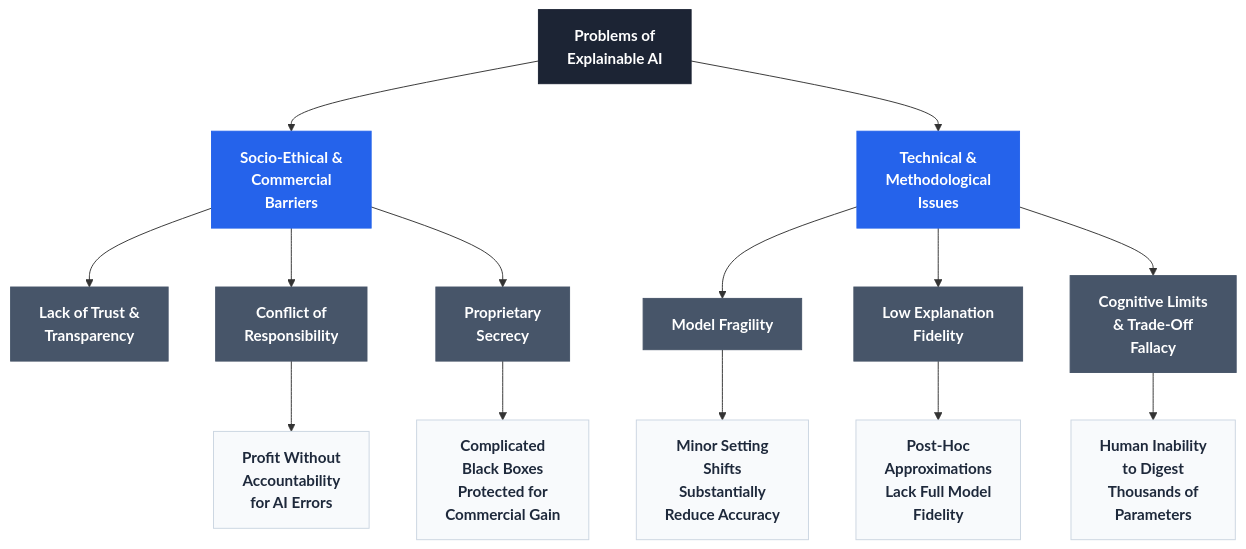
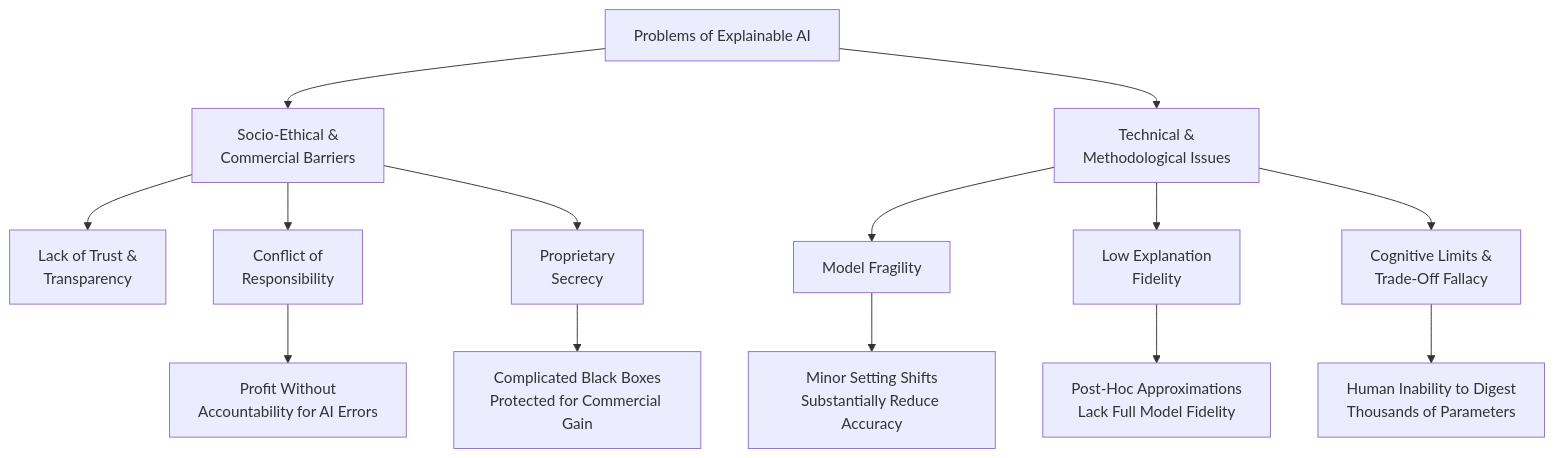
One commit to bruzz-bruzz/A-Review-On-Explainable-AI changed the diagram in Diagrams/Problems of Explainable AI.mmd. Above: the diagram before and after it, drawn with Mermaid. The commit also changed 6 other files, not shown here.

```diff
--- a/Diagrams/Problems of Explainable AI.mmd
+++ b/Diagrams/Problems of Explainable AI.mmd
@@ -1,49 +1,18 @@
 graph TD
-    %% Node Definitions
-    R["Problems of<br/>Explainable AI"]
-    
-    A1["Socio-Ethical &<br/>Commercial<br/>Barriers"]
-    A2["Technical &<br/>Methodological<br/>Issues"]
-    
-    B1["Lack of Trust &<br/>Transparency"]
-    B2["Conflict of<br/>Responsibility"]
-    B3["Proprietary<br/>Secrecy"]
-    B4["Model Fragility"]
-    B5["Low Explanation<br/>Fidelity"]
-    B6["Cognitive Limits<br/>& Trade-Off<br/>Fallacy"]
-    
-    C1["Profit Without<br/>Accountability<br/>for AI Errors"]
-    C2["Complicated<br/>Black Boxes<br/>Protected for<br/>Commercial Gain"]
-    C3["Minor Setting<br/>Shifts<br/>Substantially<br/>Reduce Accuracy"]
-    C4["Post-Hoc<br/>Approximations<br/>Lack Full Model<br/>Fidelity"]
-    C5["Human Inability<br/>to Digest<br/>Thousands of<br/>Parameters"]
+    Root["Problems of Explainable AI"] --> Socio["Socio-Ethical &<br>Commercial Barriers"]
+    Root --> Tech["Technical &<br>Methodological Issues"]
 
-    %% Connections
-    R --> A1
-    R --> A2
-    
-    A1 --> B1
-    A1 --> B2
-    A1 --> B3
-    
-    A2 --> B4
-    A2 --> B5
-    A2 --> B6
-    
-    B2 --> C1
-    B3 --> C2
-    B4 --> C3
-    B5 --> C4
-    B6 --> C5
+    Socio --> Lack["Lack of Trust &<br>Transparency"]
+    Socio --> Conflict["Conflict of<br>Responsibility"]
+    Socio --> Proprietary["Proprietary<br>Secrecy"]
 
-    %% Style Classes
-    classDef root fill:#1C2434,stroke:#1C2434,color:#FFFFFF,font-weight:bold;
-    classDef level1 fill:#2563EB,stroke:#2563EB,color:#FFFFFF,font-weight:bold;
-    classDef level2 fill:#475569,stroke:#475569,color:#FFFFFF,font-weight:bold;
-    classDef leaf fill:#F8FAFC,stroke:#CBD5E1,color:#1E293B,font-weight:bold;
+    Conflict --> Profit["Profit Without<br>Accountability for AI Errors"]
+    Proprietary --> BlackBox["Complicated Black Boxes<br>Protected for Commercial Gain"]
 
-    %% Apply Classes
-    class R root;
-    class A1,A2 level1;
-    class B1,B2,B3,B4,B5,B6 level2;
-    class C1,C2,C3,C4,C5 leaf;
+    Tech --> Fragility["Model Fragility"]
+    Tech --> Fidelity["Low Explanation<br>Fidelity"]
+    Tech --> Cognitive["Cognitive Limits &<br>Trade-Off Fallacy"]
+
+    Fragility --> Shifts["Minor Setting Shifts<br>Substantially Reduce Accuracy"]
+    Fidelity --> Approximations["Post-Hoc Approximations<br>Lack Full Model Fidelity"]
+    Cognitive --> HumanInability["Human Inability to Digest<br>Thousands of Parameters"]
```
